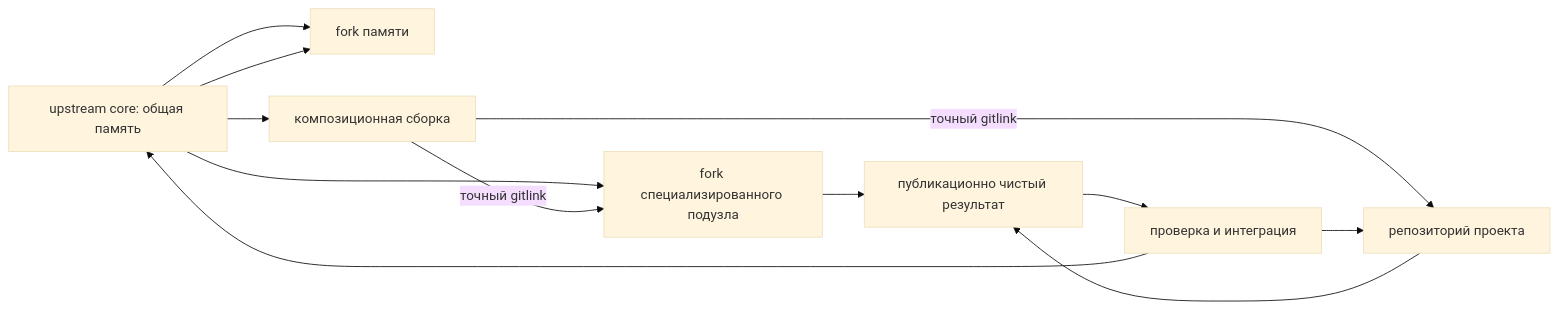
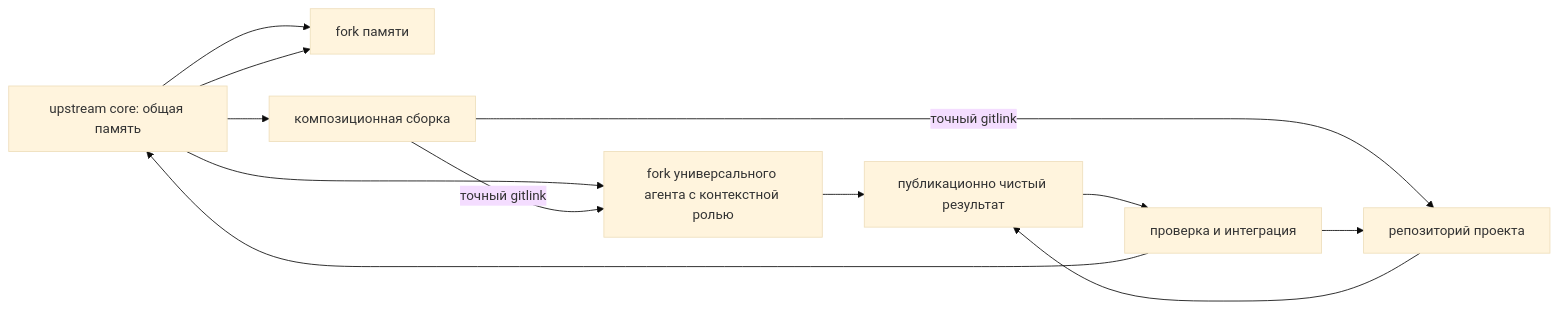
One commit to fum-lab/fum changed the diagram in Документация/27-публичный-upstream-и-форки-памяти.md. Above: the diagram before and after it, drawn with Mermaid (base theme). The commit also changed other lines of this file and 62 other files, not shown here.

````diff
--- a/Документация/27-публичный-upstream-и-форки-памяти.md
+++ b/Документация/27-публичный-upstream-и-форки-памяти.md
@@ -133,14 +133,14 @@
 ```mermaid
 flowchart LR
     core["upstream core: общая память"] --> memory["fork памяти"]
-    core --> agent["fork специализированного подузла"]
+    core --> agent["fork универсального агента с контекстной ролью"]
     core --> assembly["композиционная сборка"]
     assembly -->|"точный gitlink"| agent
     assembly -->|"точный gitlink"| project["репозиторий проекта"]
     agent --> contribution["публикационно чистый результат"]
     project --> contribution
     contribution --> integration["проверка и интеграция"]
     integration --> core
     integration --> project
     core --> memory
 ```
````
